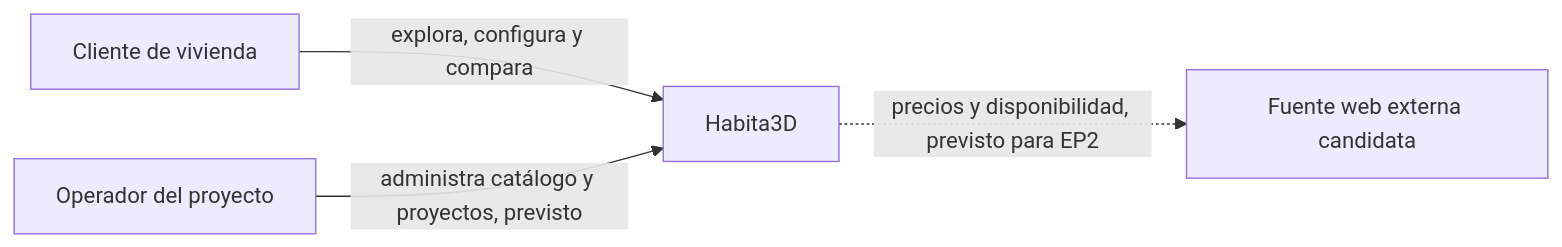
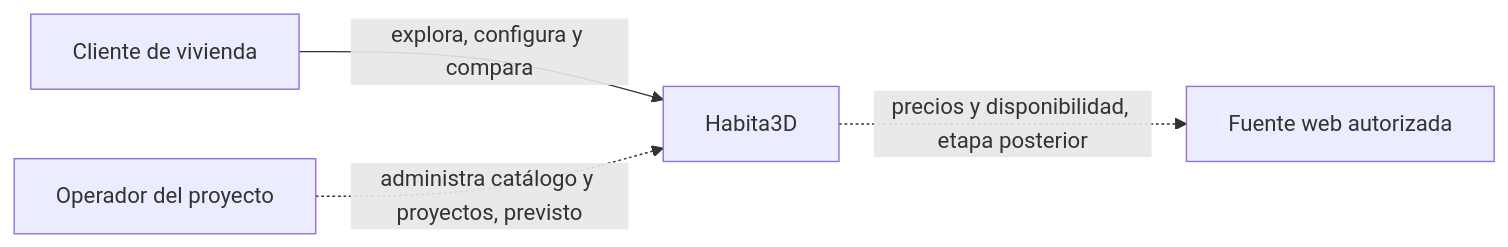
One commit to Fourdath/Habita3D changed the first of 3 diagrams in docs/architecture/overview.md. Above: the diagram before and after it, drawn with Mermaid. The commit also changed other lines of this file and 8 other files, not shown here.

````diff
--- a/docs/architecture/overview.md
+++ b/docs/architecture/overview.md
@@ -17,6 +47,6 @@
 ```mermaid
 flowchart LR
     Cliente[Cliente de vivienda] -->|explora, configura y compara| Sistema[Habita3D]
-    Operador[Operador del proyecto] -->|administra catálogo y proyectos, previsto| Sistema
-    Sistema -.->|precios y disponibilidad, previsto para EP2| Fuente[Fuente web externa candidata]
+    Operador[Operador del proyecto] -.->|administra catálogo y proyectos, previsto| Sistema
+    Sistema -.->|precios y disponibilidad, etapa posterior| Fuente[Fuente web autorizada]
 ```
````
